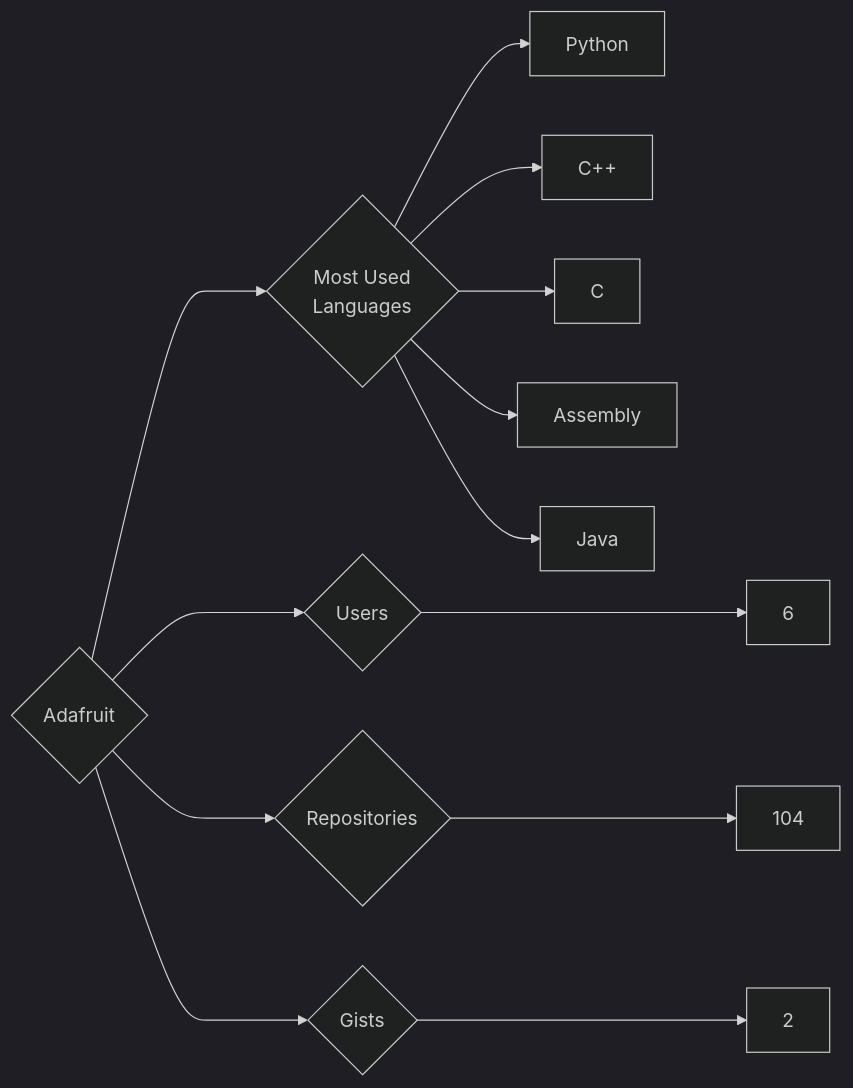
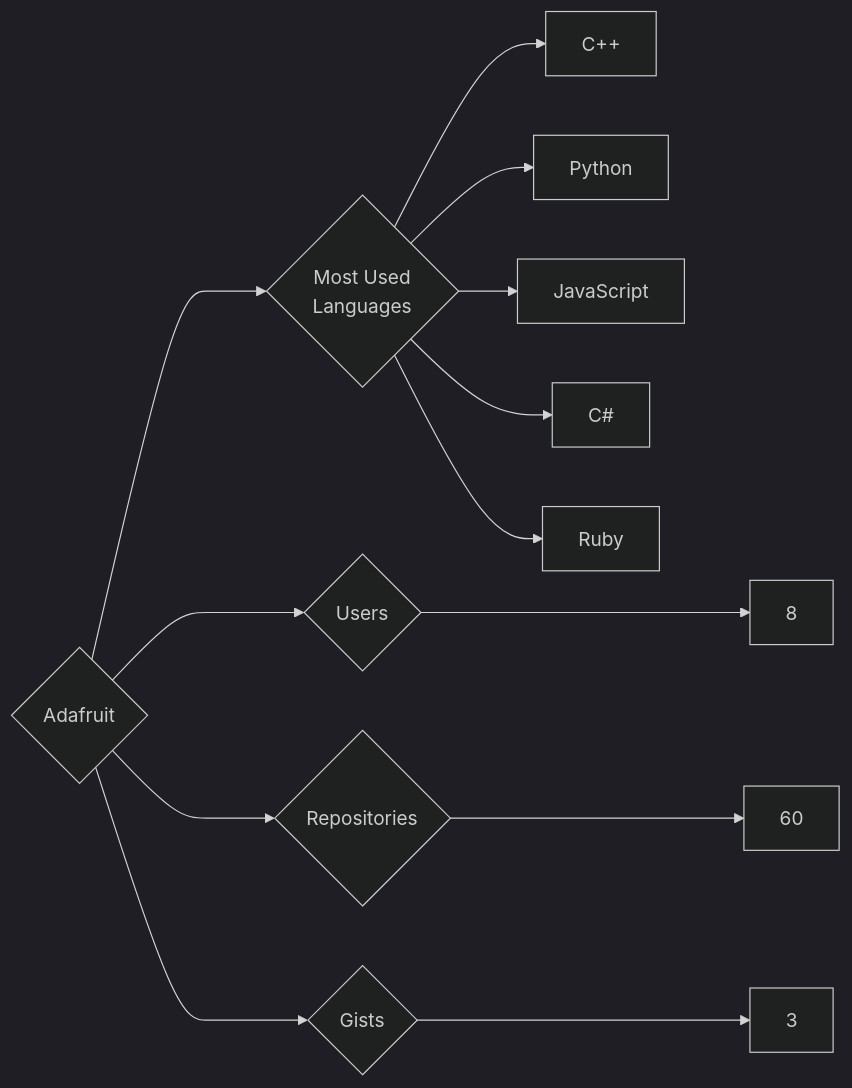
The diagram in targets/Adafruit/README.md (trickest/insiders), drawn with Mermaid (dark theme) before and after one commit. The commit also changed 880 other files, not shown here.

````diff
--- a/targets/Adafruit/README.md
+++ b/targets/Adafruit/README.md
@@ -3,13 +3,13 @@
 ```mermaid
 graph LR
 COMPANY_NAME{Adafruit}
-COMPANY_NAME ---> U{Users} ---> UN[6]
-COMPANY_NAME ---> R{Repositories} ---> RN[104]
-COMPANY_NAME ---> G{Gists} ---> GN[2]
+COMPANY_NAME ---> U{Users} ---> UN[8]
+COMPANY_NAME ---> R{Repositories} ---> RN[60]
+COMPANY_NAME ---> G{Gists} ---> GN[3]
 COMPANY_NAME ---> ML{Most Used<br>Languages}
+ML --> C++[C++]
 ML --> Python[Python]
-ML --> C++[C++]
-ML --> C[C]
-ML --> Assembly[Assembly]
-ML --> Java[Java]
+ML --> JavaScript[JavaScript]
+ML --> C#[C#]
+ML --> Ruby[Ruby]
 ```
````
